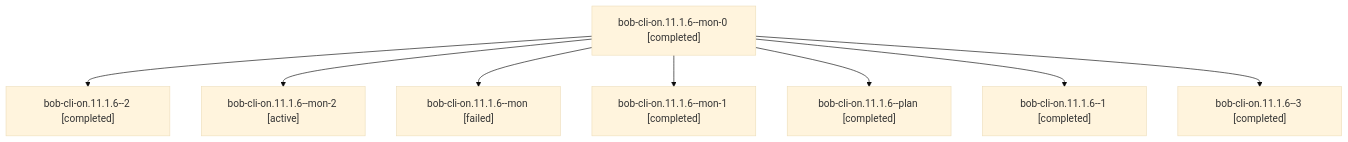
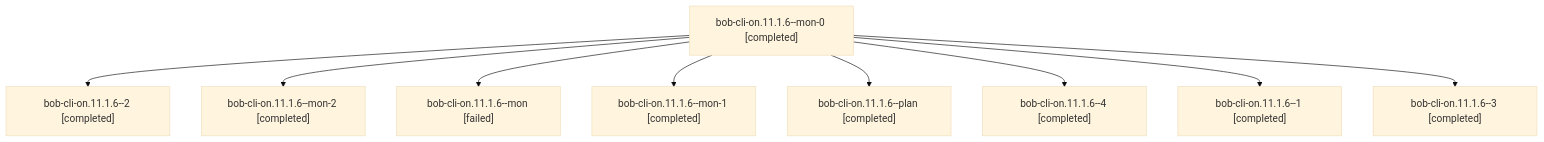
Before and after one commit to bobs-org/bob-cli--agents: the diagram in sessions/bbugyi200.athena.bob-cli-on.11.1.6.md, drawn with Mermaid (base theme). The commit also changed other lines of this file and 211 other files, not shown here.

````diff
--- a/sessions/bbugyi200.athena.bob-cli-on.11.1.6.md
+++ b/sessions/bbugyi200.athena.bob-cli-on.11.1.6.md
@@ -9,18 +9,20 @@
 ```mermaid
 flowchart TD
   n0["bob-cli-on.11.1.6--mon-0 [completed]"]
   n1["bob-cli-on.11.1.6--2 [completed]"]
   n0 --> n1
-  n2["bob-cli-on.11.1.6--mon-2 [active]"]
+  n2["bob-cli-on.11.1.6--mon-2 [completed]"]
   n0 --> n2
   n3["bob-cli-on.11.1.6--mon [failed]"]
   n0 --> n3
   n4["bob-cli-on.11.1.6--mon-1 [completed]"]
   n0 --> n4
   n5["bob-cli-on.11.1.6--plan [completed]"]
   n0 --> n5
-  n6["bob-cli-on.11.1.6--1 [completed]"]
+  n6["bob-cli-on.11.1.6--4 [completed]"]
   n0 --> n6
-  n7["bob-cli-on.11.1.6--3 [completed]"]
+  n7["bob-cli-on.11.1.6--1 [completed]"]
   n0 --> n7
+  n8["bob-cli-on.11.1.6--3 [completed]"]
+  n0 --> n8
 ```
````
